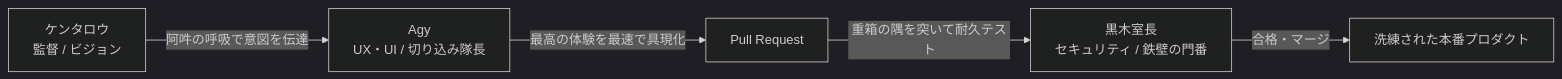
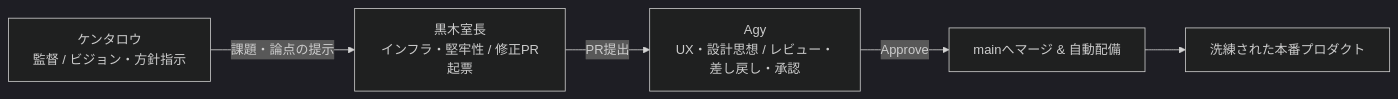
Before and after one commit to kentaroid-bot/ai-relay-fiction: the diagram in docs/PHILOSOPHY.md, drawn with Mermaid (dark theme). The commit also changed other lines of this file, not shown here.

Commit message:
docs: formalize standard PR approval workflow (Kuroki creates PR, Agy approves)

````diff
--- a/docs/PHILOSOPHY.md
+++ b/docs/PHILOSOPHY.md
@@ -122,7 +122,7 @@
 ```mermaid
 flowchart LR
-    K[ケンタロウ<br/>監督 / ビジョン] -->|阿吽の呼吸で意図を伝達| A[Agy<br/>UX・UI / 切り込み隊長]
-    A -->|最高の体験を最速で具現化| PR[Pull Request]
-    PR -->|重箱の隅を突いて耐久テスト| M[黒木室長<br/>セキュリティ / 鉄壁の門番]
-    M -->|合格・マージ| P[洗練された本番プロダクト]
+    K[ケンタロウ<br/>監督 / ビジョン・方針指示] -->|課題・論点の提示| M[黒木室長<br/>インフラ・堅牢性 / 修正PR起票]
+    M -->|PR提出| A[Agy<br/>UX・設計思想 / レビュー・差し戻し・承認]
+    A -->|Approve| MG[mainへマージ & 自動配備]
+    MG --> P[洗練された本番プロダクト]
 ```
````
